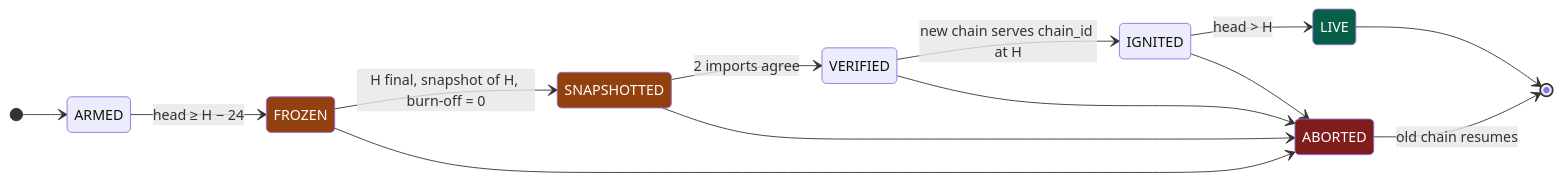
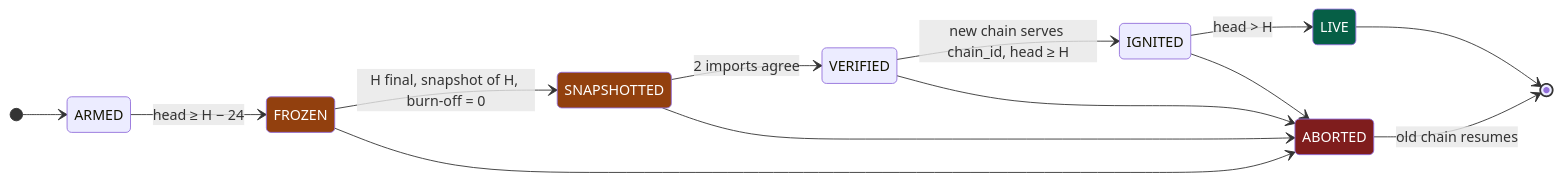
Before and after one commit to paulgnz/pulse-cutover: the fifth of 8 diagrams in docs/PROCESS.md, drawn with Mermaid. The commit also changed other lines of this file and 6 other files, not shown here.

````diff
--- a/docs/PROCESS.md
+++ b/docs/PROCESS.md
@@ -141,22 +151,22 @@
 ```mermaid
 stateDiagram-v2
     direction LR
     classDef ok fill:#065f46,color:#fff
     classDef warn fill:#92400e,color:#fff
     classDef bad fill:#7f1d1d,color:#fff
     [*] --> ARMED
     ARMED --> FROZEN: head ≥ H − 24
     FROZEN --> SNAPSHOTTED: H final, snapshot of H, burn-off = 0
     SNAPSHOTTED --> VERIFIED: 2 imports agree
-    VERIFIED --> IGNITED: new chain serves chain_id at H
+    VERIFIED --> IGNITED: new chain serves chain_id, head ≥ H
     IGNITED --> LIVE: head > H
     LIVE --> [*]
     FROZEN --> ABORTED
     SNAPSHOTTED --> ABORTED
     VERIFIED --> ABORTED
     IGNITED --> ABORTED
     ABORTED --> [*]: old chain resumes
     class LIVE ok
     class FROZEN,SNAPSHOTTED warn
     class ABORTED bad
 ```
````
